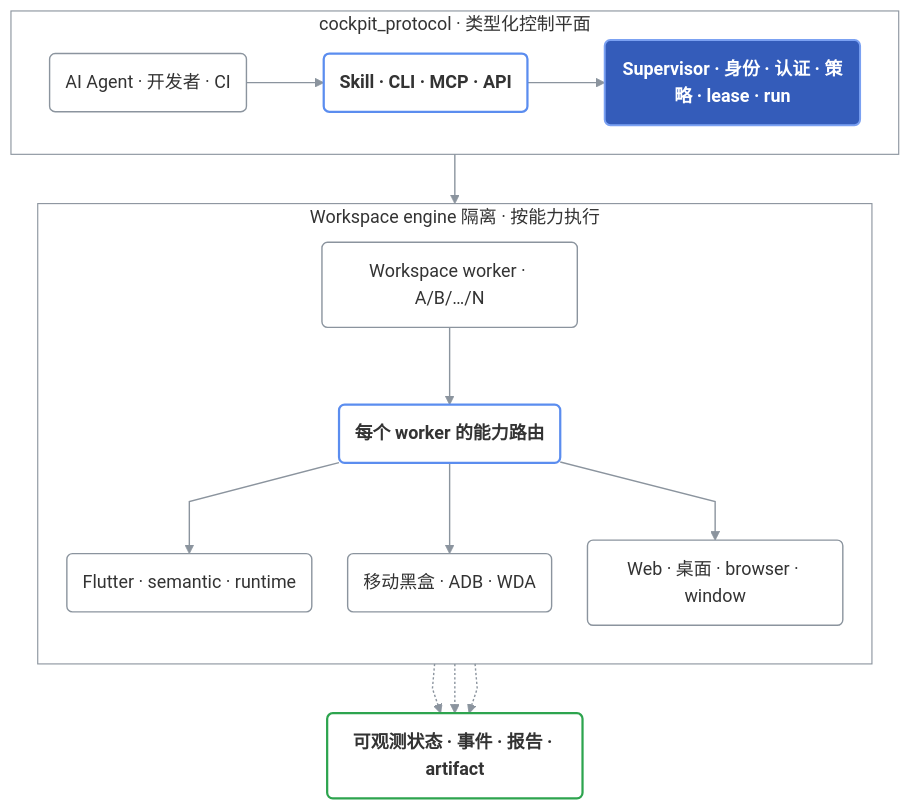
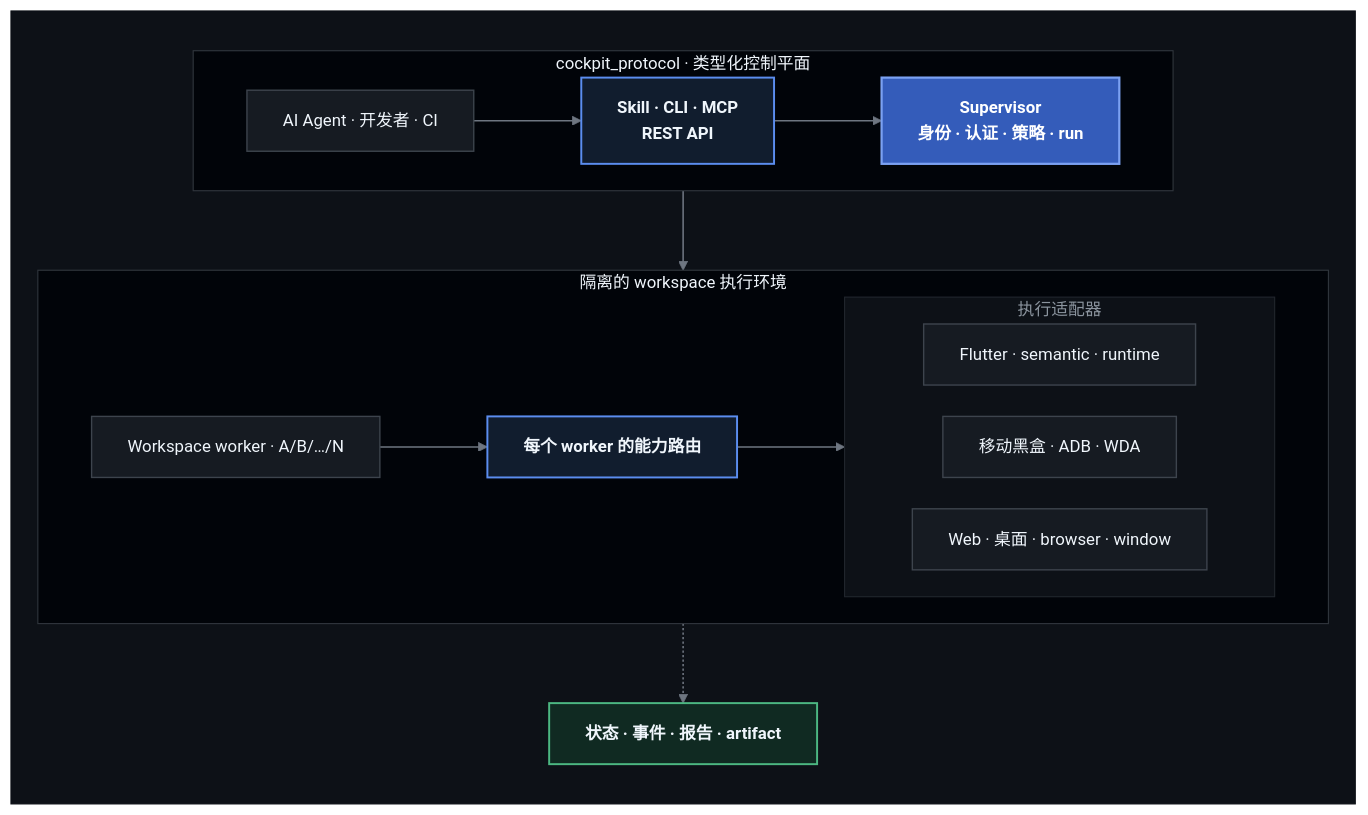
One commit to cockpit-dev/cockpit changed the diagram in README.zh-CN.md. Above: the diagram before and after it, drawn with Mermaid. The commit also changed 1 other file, not shown here.

Commit message:
docs: apply branded architecture diagram theme

````diff
--- a/README.zh-CN.md
+++ b/README.zh-CN.md
@@ -110,46 +110,50 @@
 ```mermaid
-%%{init: {"flowchart": {"curve": "linear", "nodeSpacing": 32, "rankSpacing": 44, "padding": 14}}}%%
+%%{init: {"theme": "base", "themeVariables": {"darkMode": true, "background": "#0D1117", "fontFamily": "system-ui, -apple-system, BlinkMacSystemFont, Segoe UI, sans-serif", "fontSize": "15px", "primaryColor": "#161B22", "primaryTextColor": "#F0F6FC", "primaryBorderColor": "#3D444D", "lineColor": "#6E7681", "secondaryColor": "#111D2E", "tertiaryColor": "#0D1117", "clusterBkg": "#0D1117", "clusterBorder": "#30363D", "edgeLabelBackground": "#0D1117"}, "flowchart": {"curve": "linear", "nodeSpacing": 28, "rankSpacing": 46, "padding": 16}}}%%
 flowchart TB
-  subgraph ControlPath["cockpit_protocol · 类型化控制平面"]
-    direction LR
-    Actors("AI Agent · 开发者 · CI")
-    Surfaces("Skill · CLI · MCP · API")
-    Supervisor("Supervisor · 身份 · 认证 · 策略 · lease · run")
-    Actors --> Surfaces --> Supervisor
+  subgraph Architecture[" "]
+    direction TB
+    subgraph ControlPath["cockpit_protocol · 类型化控制平面"]
+      direction LR
+      Actors["AI Agent · 开发者 · CI"]
+      Surfaces["Skill · CLI · MCP<br/>REST API"]
+      Supervisor["Supervisor<br/>身份 · 认证 · 策略 · run"]
+      Actors --> Surfaces --> Supervisor
+    end
+
+    subgraph RuntimePath["隔离的 workspace 执行环境"]
+      direction LR
+      Workers["Workspace worker · A/B/…/N"]
+      Router["每个 worker 的能力路由"]
+
+      subgraph Adapters["执行适配器"]
+        direction LR
+        Flutter["Flutter · semantic · runtime"]
+        Native["移动黑盒 · ADB · WDA"]
+        Desktop["Web · 桌面 · browser · window"]
+      end
+
+      Workers --> Router --> Adapters
+    end
+
+    Evidence["状态 · 事件 · 报告 · artifact"]
+
+    Supervisor --> Workers
+    Adapters -.-> Evidence
   end
 
-  subgraph RuntimePath["Workspace engine 隔离 · 按能力执行"]
-    direction TB
-    Workers("Workspace worker · A/B/…/N")
-    Router("每个 worker 的能力路由")
-    Flutter("Flutter · semantic · runtime")
-    Native("移动黑盒 · ADB · WDA")
-    Desktop("Web · 桌面 · browser · window")
+  classDef node fill:#161B22,stroke:#3D444D,color:#F0F6FC,stroke-width:1.25px
+  classDef gateway fill:#111D2E,stroke:#5B8DEF,color:#F0F6FC,stroke-width:1.75px,font-weight:600
+  classDef core fill:#345CBA,stroke:#7BA1F2,color:#FFFFFF,stroke-width:2px,font-weight:700
+  classDef evidence fill:#102A22,stroke:#4CB782,color:#F0F6FC,stroke-width:1.75px,font-weight:600
 
-    Workers --> Router
-    Router --> Flutter
-    Router --> Native
-    Router --> Desktop
-  end
-
-  Evidence("可观测状态 · 事件 · 报告 · artifact")
-
-  Supervisor --> Workers
-  Flutter -.-> Evidence
-  Native -.-> Evidence
-  Desktop -.-> Evidence
-
-  classDef neutral fill:transparent,stroke:#8B949E,stroke-width:1.25px
-  classDef accent fill:#345CBA,stroke:#7BA1F2,color:#FFFFFF,stroke-width:1.75px,font-weight:700
-  classDef active fill:transparent,stroke:#5B8DEF,stroke-width:2px,font-weight:600
-  classDef evidence fill:transparent,stroke:#2DA44E,stroke-width:2px,font-weight:600
-
-  class Actors,Workers,Flutter,Native,Desktop neutral
-  class Surfaces,Router active
-  class Supervisor accent
+  class Actors,Workers,Flutter,Native,Desktop node
+  class Surfaces,Router gateway
+  class Supervisor core
   class Evidence evidence
 
-  style ControlPath fill:transparent,stroke:#8B949E,stroke-width:1px
-  style RuntimePath fill:transparent,stroke:#8B949E,stroke-width:1px
-  linkStyle default stroke:#8B949E,stroke-width:1.25px
+  style Architecture fill:#0D1117,stroke:#0D1117,color:#F0F6FC
+  style ControlPath fill:#010409,stroke:#30363D,color:#F0F6FC,stroke-width:1px
+  style RuntimePath fill:#010409,stroke:#30363D,color:#F0F6FC,stroke-width:1px
+  style Adapters fill:#0D1117,stroke:#21262D,color:#8B949E,stroke-width:1px
+  linkStyle default stroke:#6E7681,stroke-width:1.4px
 ```
````
